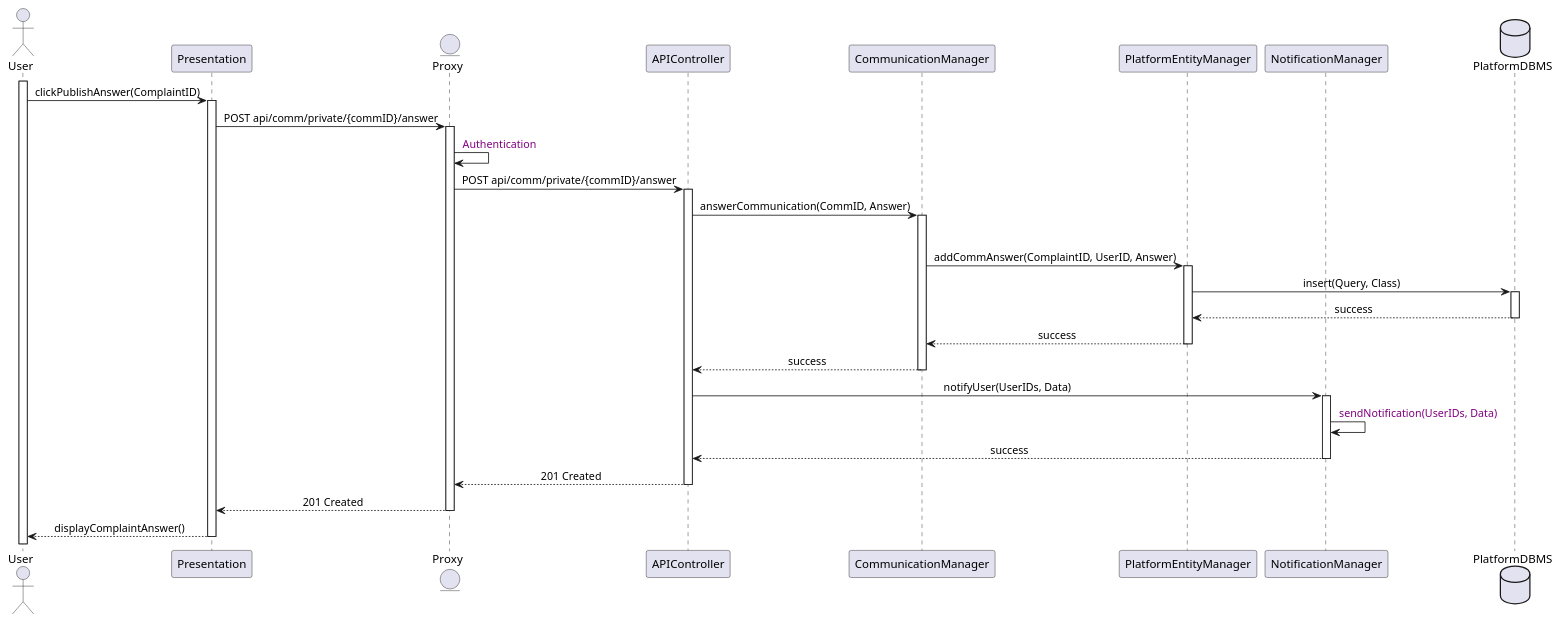
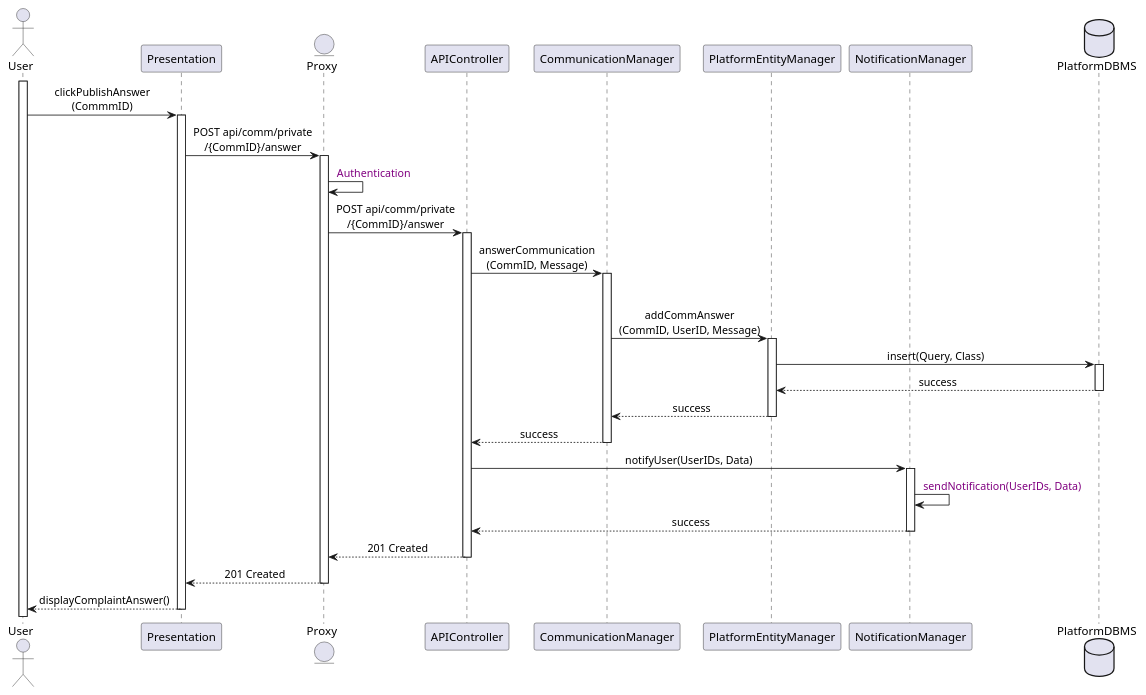
Before and after one commit to Slaitroc/RicciPaoliGrisoni: the diagram in Diagrams/SequenceDiagrams/DD/15UserRespondsToComm.wsd, drawn with PlantUML.

Commit message:
Update User Responds To Comm Sequence Diagram for improved readability in API call formatting

```diff
--- a/Diagrams/SequenceDiagrams/DD/15UserRespondsToComm.wsd
+++ b/Diagrams/SequenceDiagrams/DD/15UserRespondsToComm.wsd
@@ -1,47 +1,47 @@
 @startuml UserOpensComplaint
 skinparam sequenceMessageAlign center
 actor       User
 participant Presentation
 entity      Proxy
 participant APIController
 participant CommunicationManager
 participant PlatformEntityManager
 participant NotificationManager
 database    PlatformDBMS
 
 ' Assuming the user has already typed the answer of the complaint
 ' and the api call contains the complaintID, the answer and the user's token
 
 activate User
-User -> Presentation : clickPublishAnswer(ComplaintID)
+User -> Presentation : clickPublishAnswer\n(CommmID)
 activate Presentation
-Presentation -> Proxy : POST api/comm/private/{commID}/answer
+Presentation -> Proxy : POST api/comm/private\n/{CommID}/answer
 activate Proxy
 Proxy -> Proxy : <color:purple> Authentication
-Proxy -> APIController : POST api/comm/private/{commID}/answer
+Proxy -> APIController : POST api/comm/private\n/{CommID}/answer
 activate APIController
-APIController -> CommunicationManager : answerCommunication(CommID, Answer)
+APIController -> CommunicationManager : answerCommunication\n(CommID, Message)
 activate CommunicationManager
 deactivate PlatformEntityManager
-CommunicationManager -> PlatformEntityManager : addCommAnswer(ComplaintID, UserID, Answer)
+CommunicationManager -> PlatformEntityManager : addCommAnswer\n(CommID, UserID, Message)
 activate PlatformEntityManager
 PlatformEntityManager -> PlatformDBMS : insert(Query, Class)
 activate PlatformDBMS
 PlatformDBMS --> PlatformEntityManager : success
 deactivate PlatformDBMS
 PlatformEntityManager --> CommunicationManager : success
 deactivate PlatformEntityManager
 CommunicationManager --> APIController : success
 deactivate CommunicationManager
 APIController -> NotificationManager : notifyUser(UserIDs, Data)
 activate NotificationManager
 NotificationManager -> NotificationManager : <color:purple> sendNotification(UserIDs, Data)
 NotificationManager --> APIController : success
 deactivate NotificationManager
 APIController --> Proxy : 201 Created
 deactivate APIController
 Proxy --> Presentation : 201 Created
 deactivate Proxy
 Presentation --> User : displayComplaintAnswer()
 deactivate Presentation
 @enduml
```
